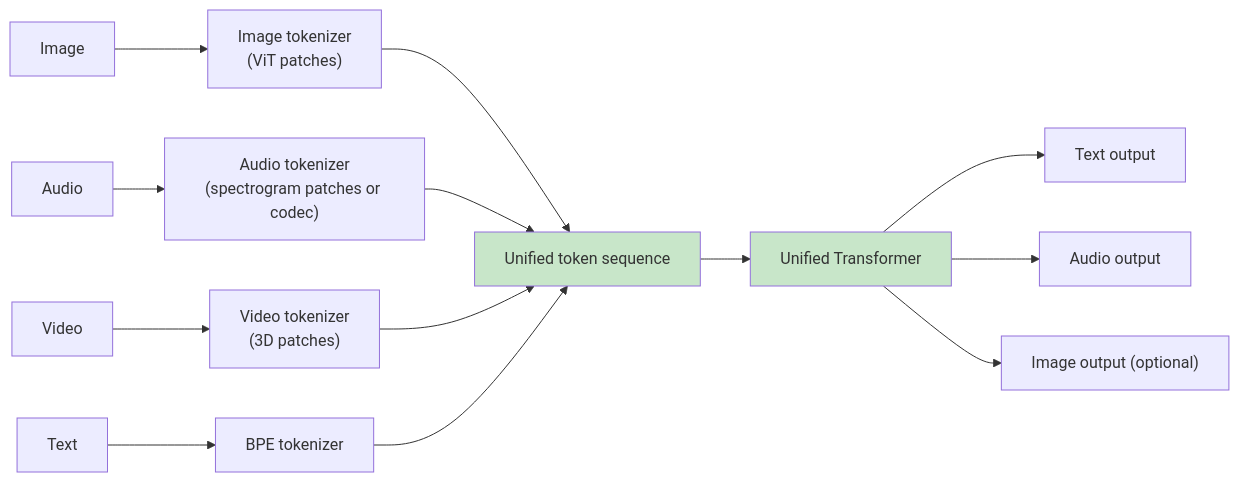
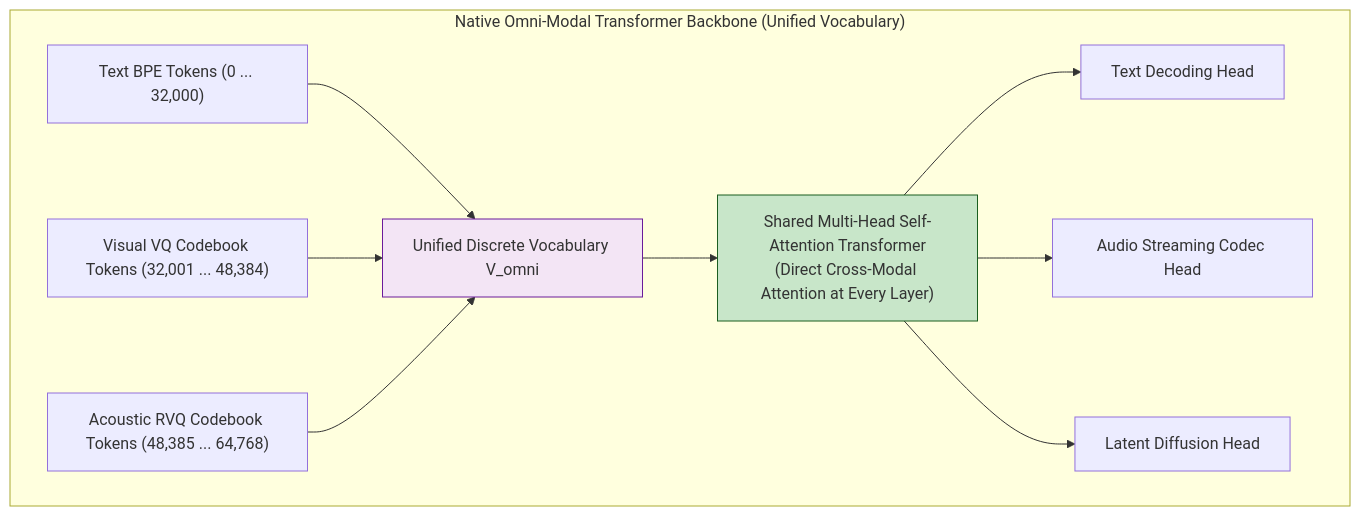
One commit to yingwang/thinking-in-llm changed the seventh of 8 diagrams in en/chapters/14-multimodal.md. Above: the diagram before and after it, drawn with Mermaid. The commit also changed other lines of this file and 31 other files, not shown here.

````diff
--- a/en/chapters/14-multimodal.md
+++ b/en/chapters/14-multimodal.md
@@ -418,20 +255,17 @@
 ```mermaid
-flowchart LR
-    Img["Image"] --> ImgTok["Image tokenizer<br>(ViT patches)"]
-    Aud["Audio"] --> AudTok["Audio tokenizer<br>(spectrogram patches or codec)"]
-    Vid["Video"] --> VidTok["Video tokenizer<br>(3D patches)"]
-    Txt["Text"] --> TxtTok["BPE tokenizer"]
+flowchart TD
+    subgraph EarlyFusion["Native Omni-Modal Transformer Backbone (Unified Vocabulary)"]
+        TextTokens["Text BPE Tokens (0 ... 32,000)"] --> UnifiedVocab["Unified Discrete Vocabulary V_omni"]
+        ImageTokens["Visual VQ Codebook Tokens (32,001 ... 48,384)"] --> UnifiedVocab
+        AudioTokens["Acoustic RVQ Codebook Tokens (48,385 ... 64,768)"] --> UnifiedVocab
+        
+        UnifiedVocab --> FullAttention["Shared Multi-Head Self-Attention Transformer<br/>(Direct Cross-Modal Attention at Every Layer)"]
+        
+        FullAttention --> TextHead["Text Decoding Head"]
+        FullAttention --> AudioHead["Audio Streaming Codec Head"]
+        FullAttention --> VisionHead["Latent Diffusion Head"]
+    end
 
-    ImgTok --> Mix["Unified token sequence"]
-    AudTok --> Mix
-    VidTok --> Mix
-    TxtTok --> Mix
-
-    Mix --> Trans["Unified Transformer"]
-    Trans --> OutTxt["Text output"]
-    Trans --> OutAud["Audio output"]
-    Trans --> OutImg["Image output (optional)"]
-
-    style Mix fill:#c8e6c9
-    style Trans fill:#c8e6c9
+    style UnifiedVocab fill:#f3e5f5,stroke:#6a1b9a
+    style FullAttention fill:#c8e6c9,stroke:#1b5e20
 ```
````
